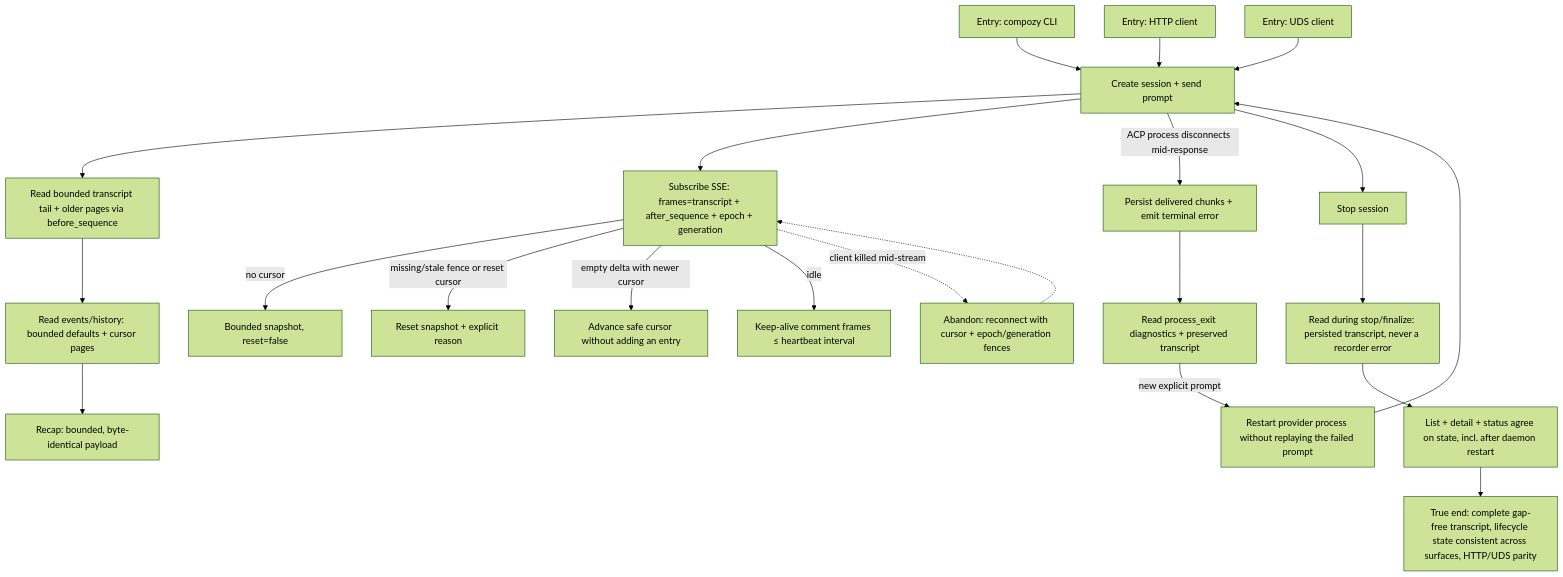
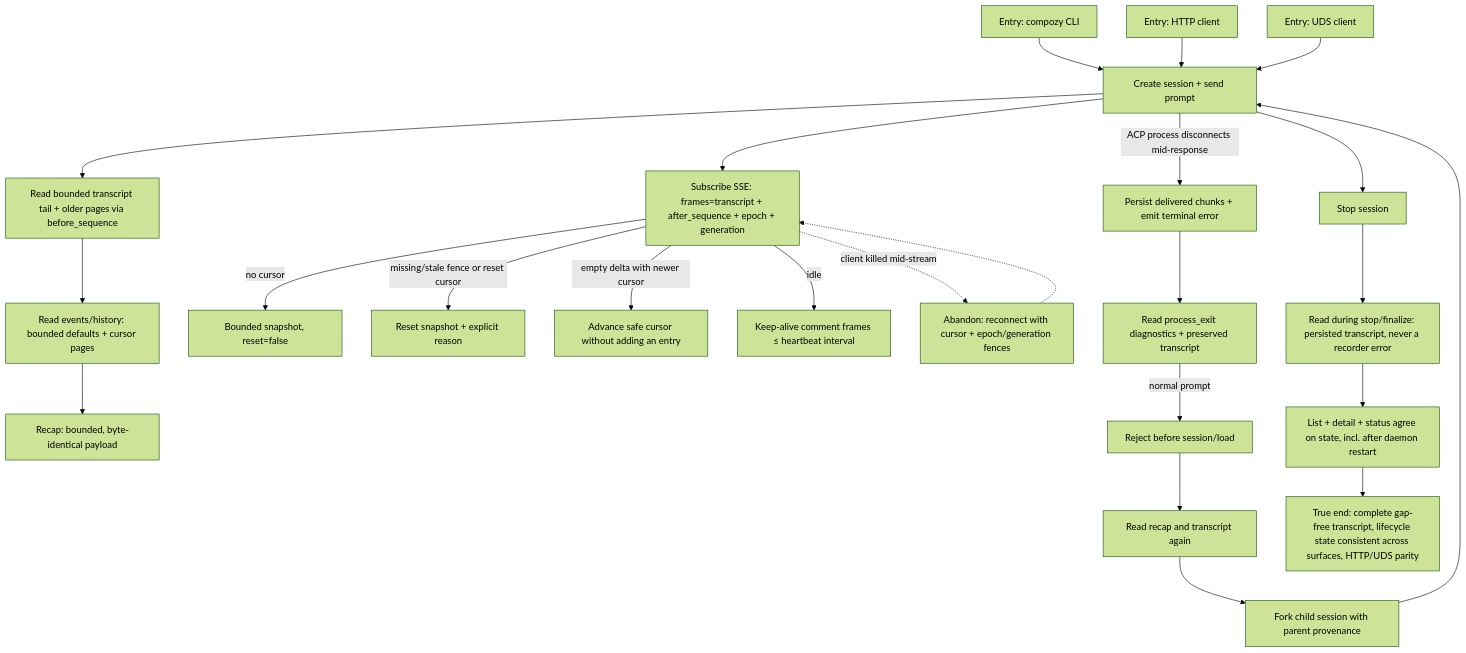
Before and after one commit to compozy/compozy: the diagram in docs/qa/journeys/J-15-operate-session-via-cli-api.md, drawn with Mermaid (forest theme). The commit also changed other lines of this file and 25 other files, not shown here.

````diff
--- a/docs/qa/journeys/J-15-operate-session-via-cli-api.md
+++ b/docs/qa/journeys/J-15-operate-session-via-cli-api.md
@@ -5,24 +5,26 @@
 ```mermaid
 flowchart TD
     E1[Entry: compozy CLI] --> C[Create session + send prompt]
     E2[Entry: HTTP client] --> C
     E3[Entry: UDS client] --> C
     C --> REST[Read bounded transcript tail + older pages via before_sequence]
     C --> STRM[Subscribe SSE: frames=transcript + after_sequence + epoch + generation]
     C -->|ACP process disconnects mid-response| PFAIL[Persist delivered chunks + emit terminal error]
     PFAIL --> DIAG[Read process_exit diagnostics + preserved transcript]
-    DIAG -->|new explicit prompt| RECOVER[Restart provider process without replaying the failed prompt]
-    RECOVER --> C
+    DIAG -->|normal prompt| REFUSED[Reject before session/load]
+    REFUSED --> RECAP[Read recap and transcript again]
+    RECAP --> FORK[Fork child session with parent provenance]
+    FORK --> C
     STRM -->|no cursor| SNAP[Bounded snapshot, reset=false]
     STRM -->|missing/stale fence or reset cursor| RESET[Reset snapshot + explicit reason]
     STRM -->|empty delta with newer cursor| ADV[Advance safe cursor without adding an entry]
     STRM -->|idle| KA[Keep-alive comment frames ≤ heartbeat interval]
     REST --> RD[Read events/history: bounded defaults + cursor pages]
     RD --> RC[Recap: bounded, byte-identical payload]
     C --> STOP[Stop session]
     STOP --> DR[Read during stop/finalize: persisted transcript, never a recorder error]
     DR --> LS[List + detail + status agree on state, incl. after daemon restart]
     STRM -.->|client killed mid-stream| AB[Abandon: reconnect with cursor + epoch/generation fences]
     AB -.-> STRM
     LS --> TE[True end: complete gap-free transcript, lifecycle state consistent across surfaces, HTTP/UDS parity]
 ```
````
